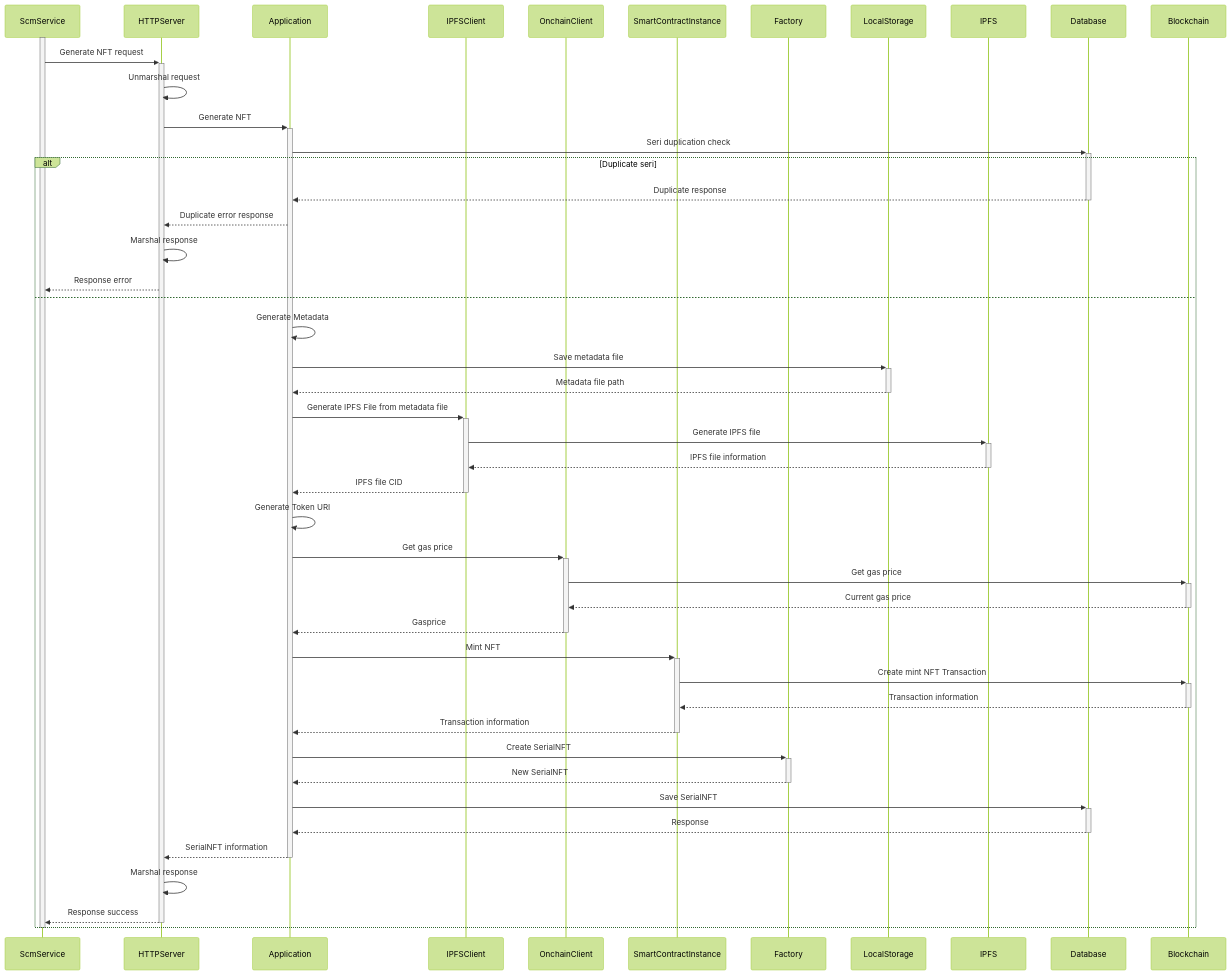
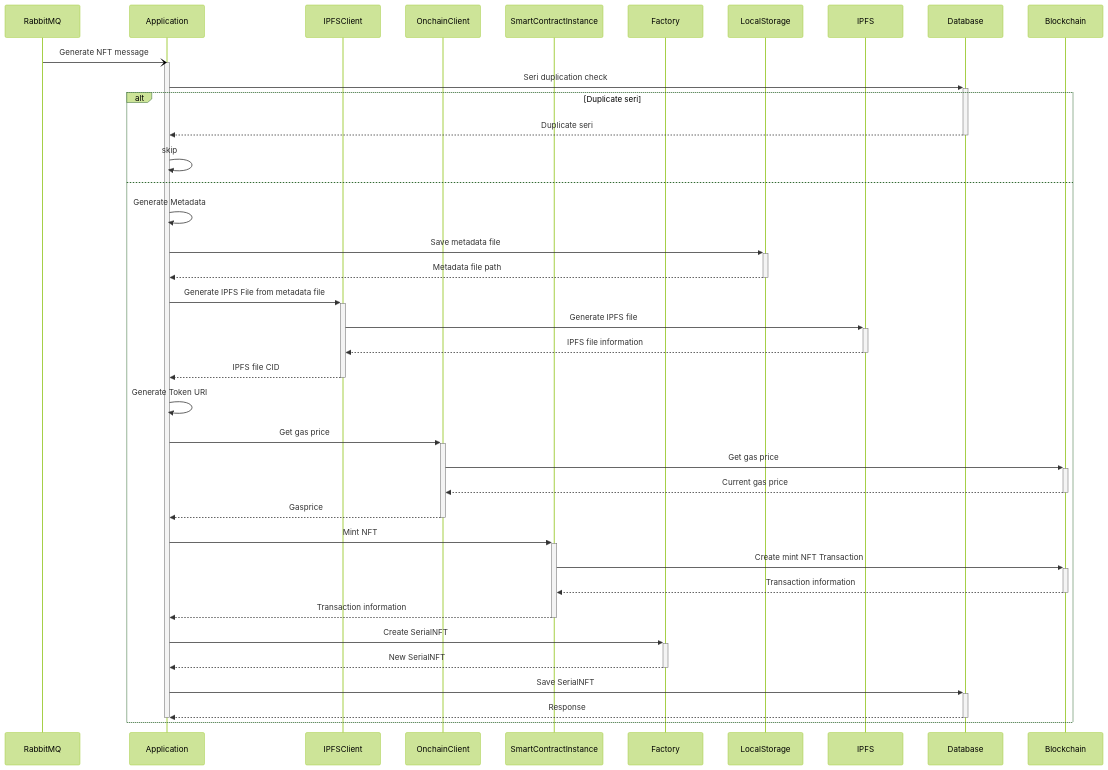
Before and after one commit to thanhpp/scm-tool: the fourth of 7 diagrams in README.md, drawn with Mermaid (forest theme). The commit also changed other lines of this file, not shown here.

Commit message:
docs: 📝 update sequence diagram

````diff
--- a/README.md
+++ b/README.md
@@ -178,49 +167,41 @@
 ```mermaid
 sequenceDiagram
-  participant ScmService
-  participant HTTPServer
+  participant RabbitMQ
   participant Application
   participant IPFSClient
   participant OnchainClient
   participant SmartContractInstance
   participant Factory
   participant LocalStorage
   participant IPFS
 
-  activate ScmService
-    ScmService ->>+ HTTPServer: Generate NFT request
-    HTTPServer ->> HTTPServer: Unmarshal request
-    HTTPServer ->>+ Application: Generate NFT
+    RabbitMQ -) Application: Generate NFT message
+    activate Application
     Application ->>+ Database: Seri duplication check
     alt Duplicate seri
-      Database -->>- Application: Duplicate response
-      Application -->> HTTPServer: Duplicate error response
-      HTTPServer ->> HTTPServer: Marshal response
-      HTTPServer -->> ScmService: Response error
+      Database -->>- Application: Duplicate seri
+      Application ->> Application: skip 
     else
       Application ->> Application: Generate Metadata
       Application ->>+ LocalStorage: Save metadata file
       LocalStorage -->>- Application: Metadata file path
       Application ->>+ IPFSClient: Generate IPFS File from metadata file
       IPFSClient ->>+ IPFS: Generate IPFS file
       IPFS -->>- IPFSClient: IPFS file information
       IPFSClient -->>- Application: IPFS file CID
       Application ->> Application: Generate Token URI
       Application ->>+ OnchainClient: Get gas price
       OnchainClient ->>+ Blockchain: Get gas price
       Blockchain -->>- OnchainClient: Current gas price
       OnchainClient -->>- Application: Gasprice
       Application ->>+ SmartContractInstance: Mint NFT
       SmartContractInstance ->>+ Blockchain: Create mint NFT Transaction
       Blockchain -->>- SmartContractInstance: Transaction information
       SmartContractInstance -->>- Application: Transaction information
       Application ->>+ Factory: Create SerialNFT
       Factory -->>- Application: New SerialNFT
       Application ->>+ Database: Save SerialNFT
       Database -->>- Application: Response
-      Application -->>- HTTPServer: SerialNFT information
-      HTTPServer ->> HTTPServer: Marshal response
-      HTTPServer -->>- ScmService: Response success
+    deactivate Application
     end
-  deactivate ScmService
 ```
````
